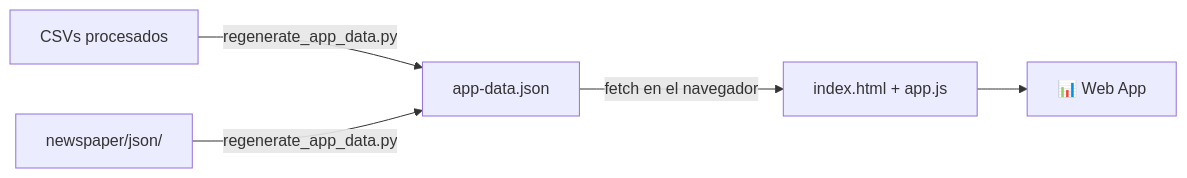
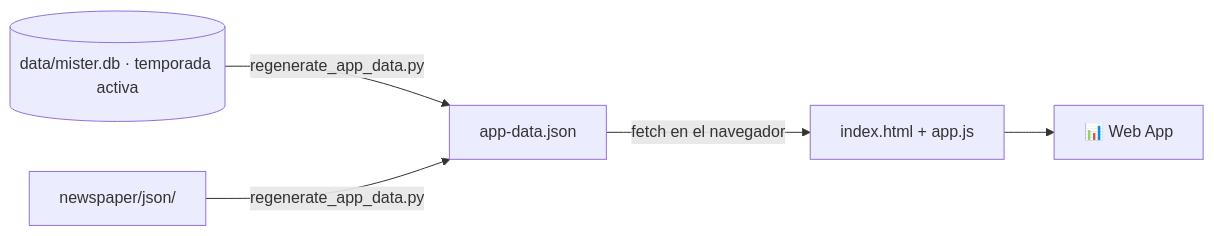
Before and after one commit to javica98/MisterFantasy_analytics: the diagram in docs/pipeline/webapp.md, drawn with Mermaid. The commit also changed other lines of this file and 16 other files, not shown here.

````diff
--- a/docs/pipeline/webapp.md
+++ b/docs/pipeline/webapp.md
@@ -9,7 +9,7 @@
 ```mermaid
 graph LR
-    A[CSVs procesados] -->|regenerate_app_data.py| B[app-data.json]
+    A[(data/mister.db · temporada activa)] -->|regenerate_app_data.py| B[app-data.json]
     C[newspaper/json/] -->|regenerate_app_data.py| B
     B -->|fetch en el navegador| D[index.html + app.js]
     D --> E[📊 Web App]
 ```
````
